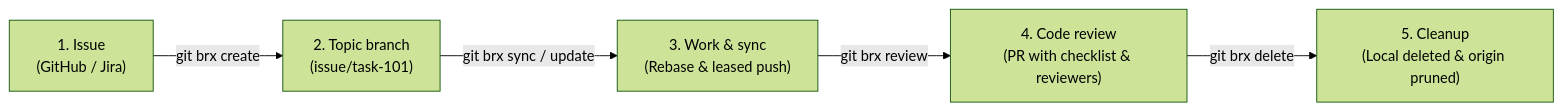
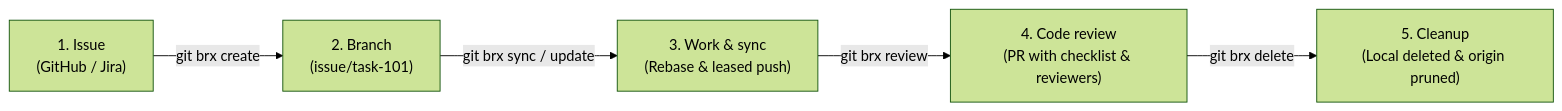
Before and after one commit to bvarnai/git-brx: the diagram in README.md, drawn with Mermaid (forest theme). The commit also changed other lines of this file and 33 other files, not shown here.

````diff
--- a/README.md
+++ b/README.md
@@ -65,7 +65,7 @@
 ```mermaid
 flowchart LR
-    A["1. Issue<br/>(GitHub / Jira)"] -->|"git brx create"| B["2. Topic branch<br/>(issue/task-101)"]
+    A["1. Issue<br/>(GitHub / Jira)"] -->|"git brx create"| B["2. Branch<br/>(issue/task-101)"]
     B -->|"git brx sync / update"| C["3. Work & sync<br/>(Rebase & leased push)"]
     C -->|"git brx review"| D["4. Code review<br/>(PR with checklist & reviewers)"]
     D -->|"git brx delete"| E["5. Cleanup<br/>(Local deleted & origin pruned)"]
 ```
````
